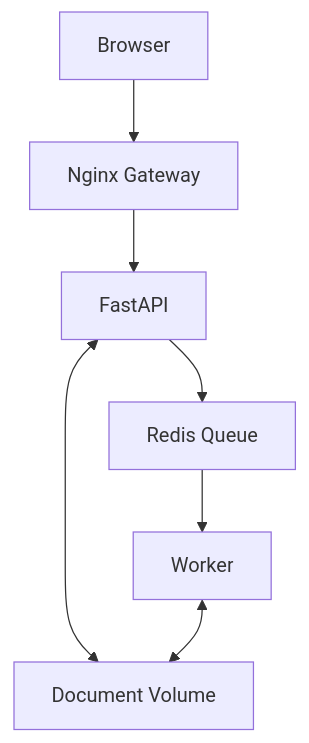
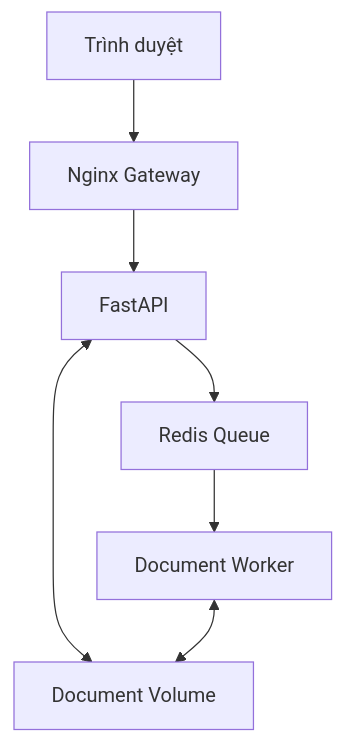
One commit to TranKiet146/docflow_SOA_Seminar changed the diagram in README.md. Above: the diagram before and after it, drawn with Mermaid. The commit also changed other lines of this file, not shown here.

````diff
--- a/README.md
+++ b/README.md
@@ -28,9 +81,16 @@
 ```mermaid
 flowchart TD
-    Browser --> Gateway[Nginx Gateway]
-    Gateway --> API[FastAPI]
-    API --> Redis[Redis Queue]
+    Browser[Trình duyệt]
+    Gateway[Nginx Gateway]
+    API[FastAPI]
+    Redis[Redis Queue]
+    Worker[Document Worker]
+    Volume[Document Volume]
+
+    Browser --> Gateway
+    Gateway --> API
+    API --> Redis
     Redis --> Worker
-    API <--> Volume[Document Volume]
+    API <--> Volume
     Worker <--> Volume
 ```
````
